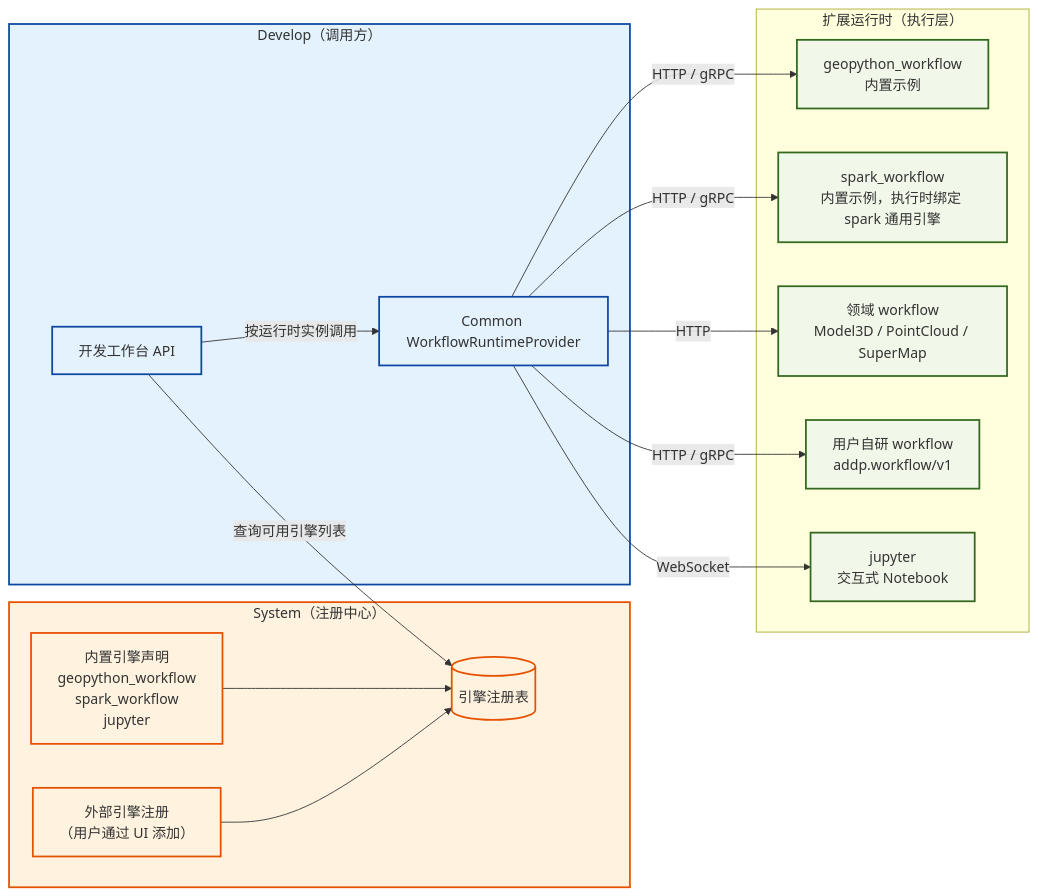
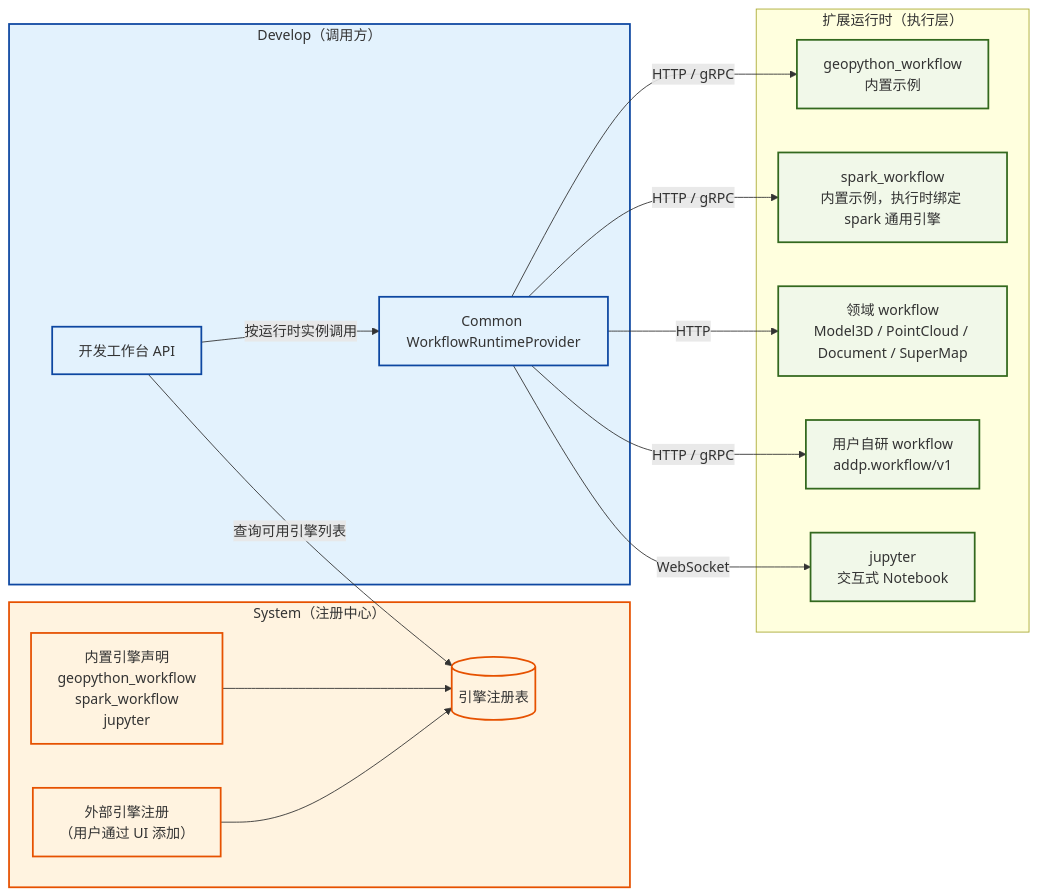
Diagram 12 of 14 in docs/concepts/addp模块架构图.md (pampa0629/addp), drawn with Mermaid before and after one commit. The commit also changed other lines of this file and 82 other files, not shown here.

````diff
--- a/docs/concepts/addp模块架构图.md
+++ b/docs/concepts/addp模块架构图.md
@@ -937,38 +937,38 @@
 ```mermaid
 graph LR
     subgraph System["System（注册中心）"]
         EngineDB[(引擎注册表)]
         BuiltIn["内置引擎声明<br/>geopython_workflow<br/>spark_workflow<br/>jupyter"]
         External["外部引擎注册<br/>（用户通过 UI 添加）"]
         BuiltIn --> EngineDB
         External --> EngineDB
     end
 
     subgraph Develop["Develop（调用方）"]
         DevAPI["开发工作台 API"]
         DevAPI -->|"查询可用引擎列表"| EngineDB
         DevAPI -->|"按运行时实例调用"| EngineRouter["Common WorkflowRuntimeProvider"]
     end
 
     subgraph Engines["扩展运行时（执行层）"]
         PyWF["geopython_workflow<br/>内置示例"]
         SparkWF["spark_workflow<br/>内置示例，执行时绑定 spark 通用引擎"]
-        DomainWF["领域 workflow<br/>Model3D / PointCloud / SuperMap"]
+        DomainWF["领域 workflow<br/>Model3D / PointCloud / Document / SuperMap"]
         CustomWF["用户自研 workflow<br/>addp.workflow/v1"]
         Jupyter["jupyter<br/>交互式 Notebook"]
     end
 
     EngineRouter -->|"HTTP / gRPC"| PyWF
     EngineRouter -->|"HTTP / gRPC"| SparkWF
     EngineRouter -->|"HTTP"| DomainWF
     EngineRouter -->|"HTTP / gRPC"| CustomWF
     EngineRouter -->|"WebSocket"| Jupyter
 
     classDef system fill:#fff3e0,stroke:#e65100,stroke-width:2px
     classDef develop fill:#e3f2fd,stroke:#0d47a1,stroke-width:2px
     classDef engine fill:#f1f8e9,stroke:#33691e,stroke-width:2px
 
     class System,EngineDB,BuiltIn,External system
     class Develop,DevAPI,EngineRouter develop
     class PyWF,SparkWF,DomainWF,CustomWF,Jupyter engine
 ```
````
